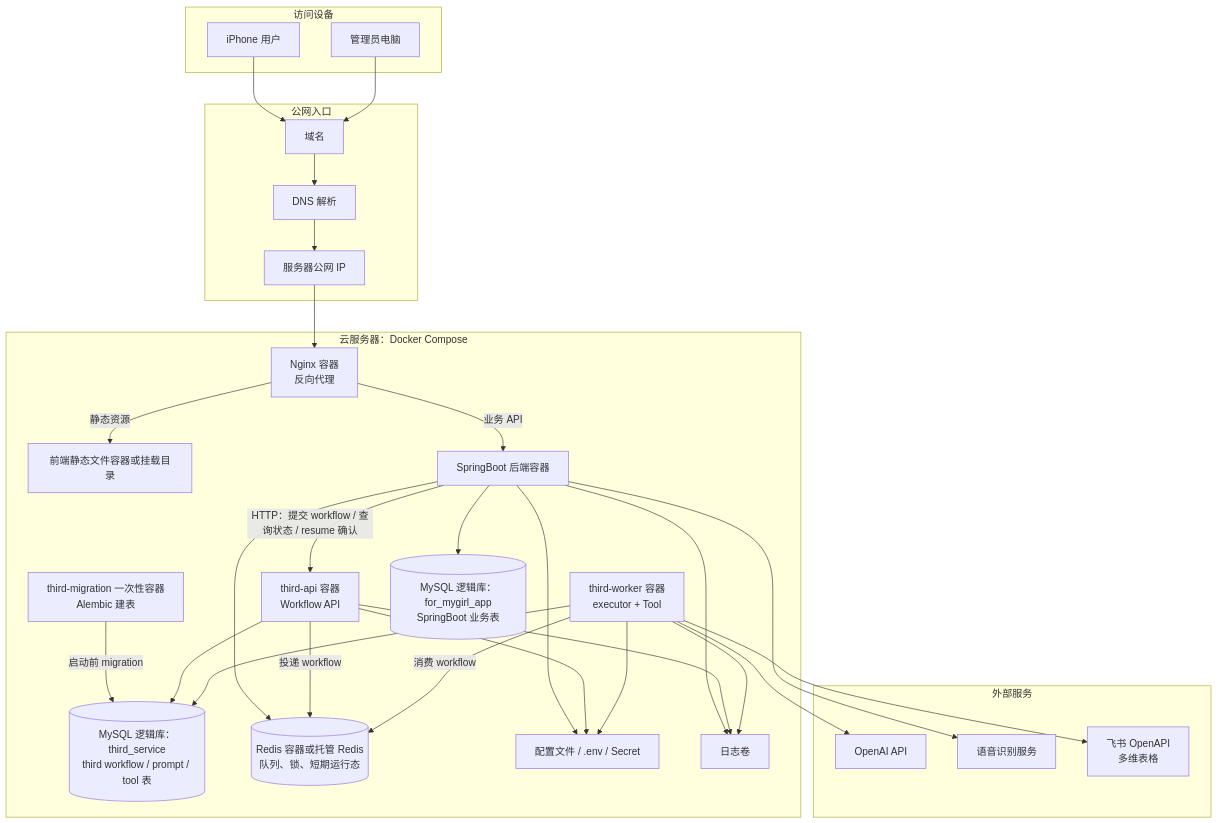
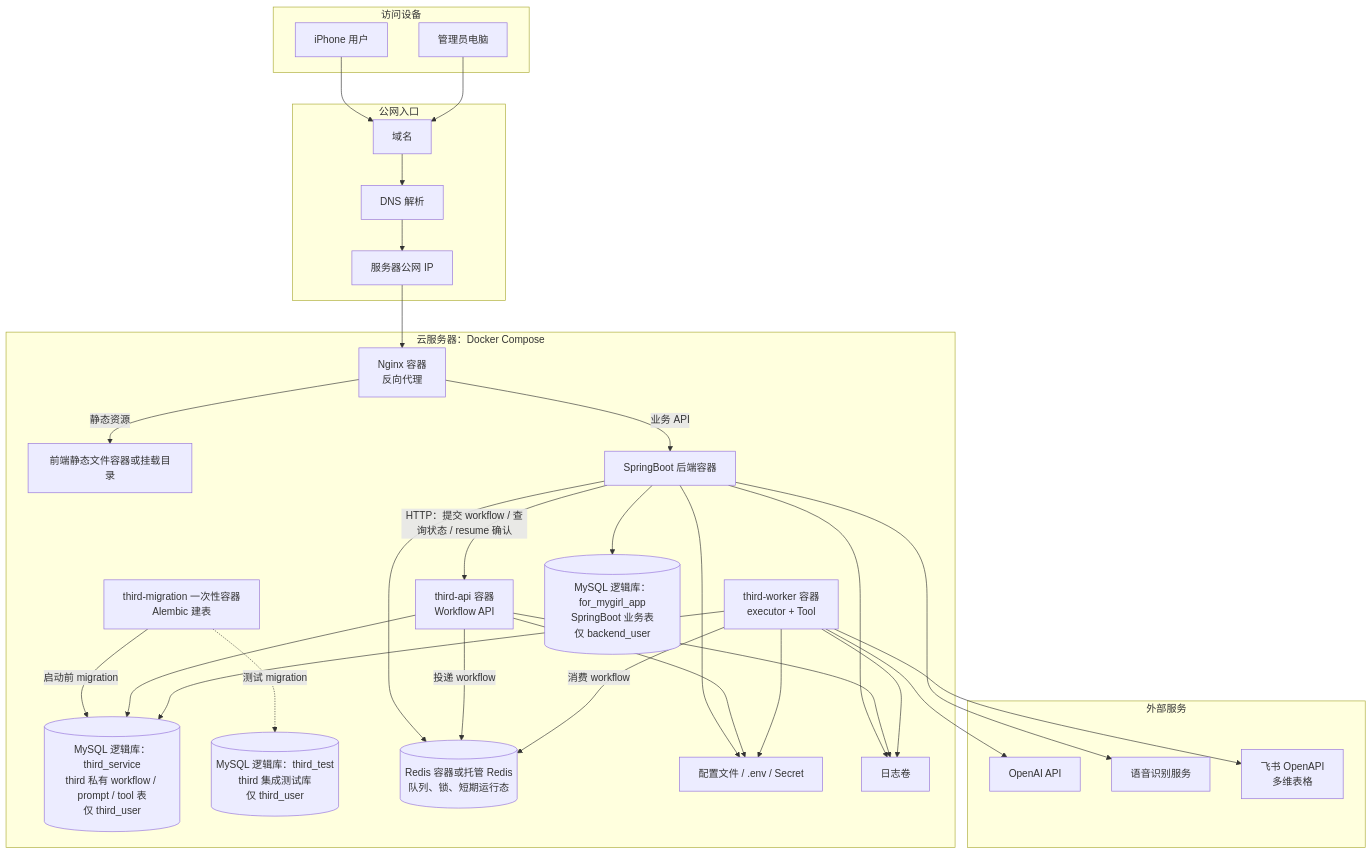
The diagram in docs/架构图/02_部署边界图.md (246706510miao-svg/for-mygirl), drawn with Mermaid before and after one commit. The commit also changed 28 other files, not shown here.

````diff
--- a/docs/架构图/02_部署边界图.md
+++ b/docs/架构图/02_部署边界图.md
@@ -1,62 +1,64 @@
 ```mermaid
 flowchart TB
     subgraph UserSide["访问设备"]
         A1["iPhone 用户"]
         A2["管理员电脑"]
     end
 
     subgraph PublicEntry["公网入口"]
         B1["域名"]
         B2["DNS 解析"]
         B3["服务器公网 IP"]
     end
 
     subgraph Server["云服务器：Docker Compose"]
         C1["Nginx 容器<br/>反向代理"]
         C2["前端静态文件容器或挂载目录"]
         C3["SpringBoot 后端容器"]
         C4A["third-api 容器<br/>Workflow API"]
         C4B["third-worker 容器<br/>executor + Tool"]
         C4C["third-migration 一次性容器<br/>Alembic 建表"]
-        C5A[("MySQL 逻辑库：for_mygirl_app<br/>SpringBoot 业务表")]
-        C5B[("MySQL 逻辑库：third_service<br/>third workflow / prompt / tool 表")]
+        C5A[("MySQL 逻辑库：for_mygirl_app<br/>SpringBoot 业务表<br/>仅 backend_user")]
+        C5B[("MySQL 逻辑库：third_service<br/>third 私有 workflow / prompt / tool 表<br/>仅 third_user")]
+        C5C[("MySQL 逻辑库：third_test<br/>third 集成测试库<br/>仅 third_user")]
         C6[("Redis 容器或托管 Redis<br/>队列、锁、短期运行态")]
         C7["配置文件 / .env / Secret"]
         C8["日志卷"]
     end
 
     subgraph External["外部服务"]
         D1["OpenAI API"]
         D2["语音识别服务"]
         D3["飞书 OpenAPI<br/>多维表格"]
     end
 
     A1 --> B1
     A2 --> B1
     B1 --> B2
     B2 --> B3
     B3 --> C1
 
     C1 -->|"静态资源"| C2
     C1 -->|"业务 API"| C3
 
     C3 -->|"HTTP：提交 workflow / 查询状态 / resume 确认"| C4A
     C3 --> C5A
     C3 --> C6
     C3 --> C7
     C3 --> C8
 
     C4C -->|"启动前 migration"| C5B
     C4A --> C5B
     C4A -->|"投递 workflow"| C6
     C4B -->|"消费 workflow"| C6
     C4B --> C5B
+    C4C -.->|"测试 migration"| C5C
     C4A --> C7
     C4B --> C7
     C4A --> C8
     C4B --> C8
 
     C4B --> D1
     C3 --> D2
     C4B --> D3
 ```
````
